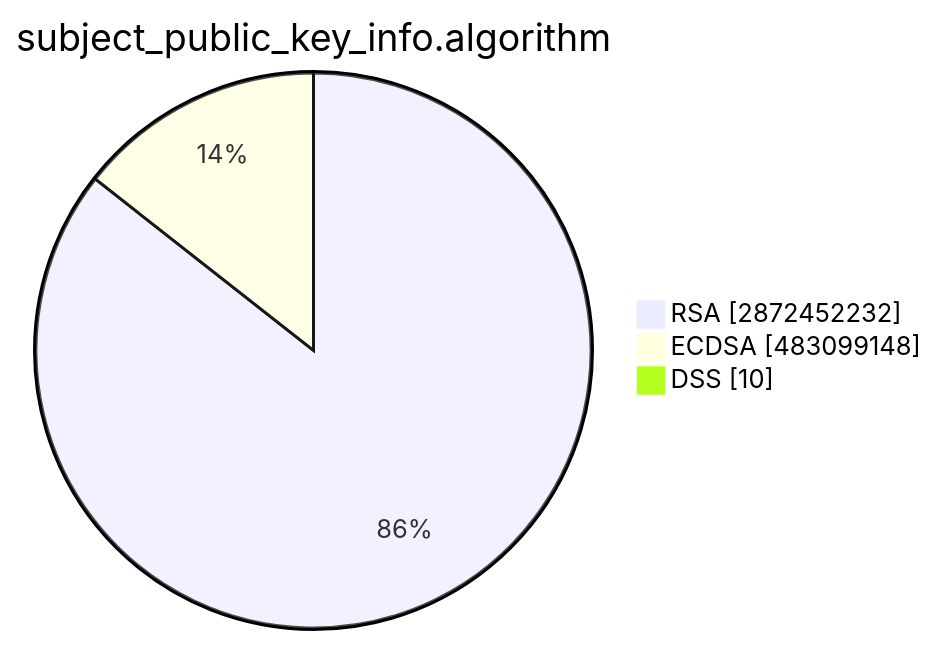
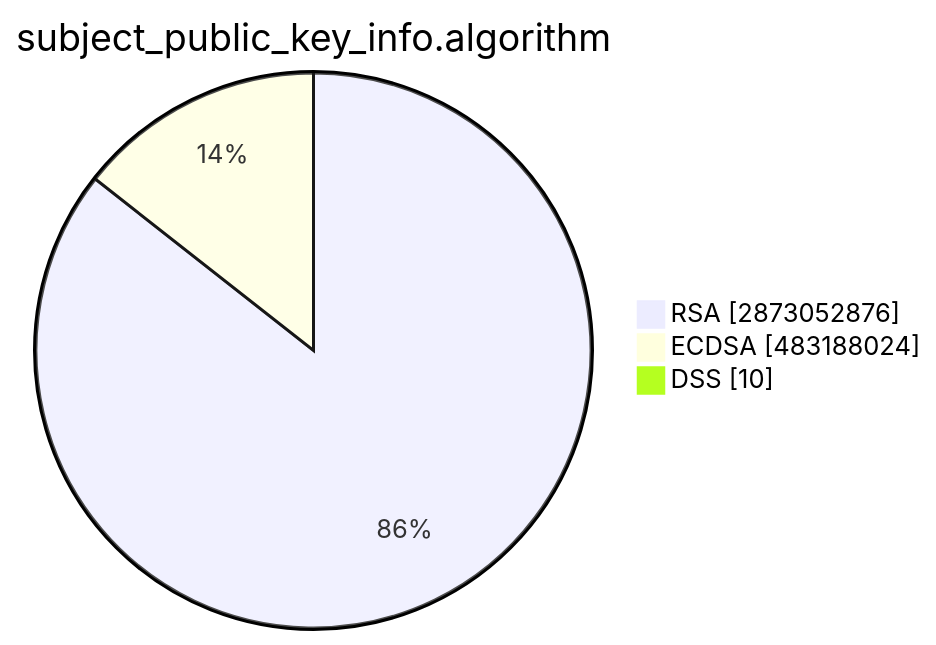
One commit to christiankrug/ctmonitor_visualization changed the second of 15 diagrams in TOTAL/README.md. Above: the diagram before and after it, drawn with Mermaid. The commit also changed other lines of this file, not shown here.

````diff
--- a/TOTAL/README.md
+++ b/TOTAL/README.md
@@ -6,7 +6,7 @@
 ```mermaid
 pie showData
 title subject_public_key_info.algorithm
-"RSA" :2872452232
-"ECDSA" :483099148
+"RSA" :2873052876
+"ECDSA" :483188024
 "DSS" :10
 ```
````
